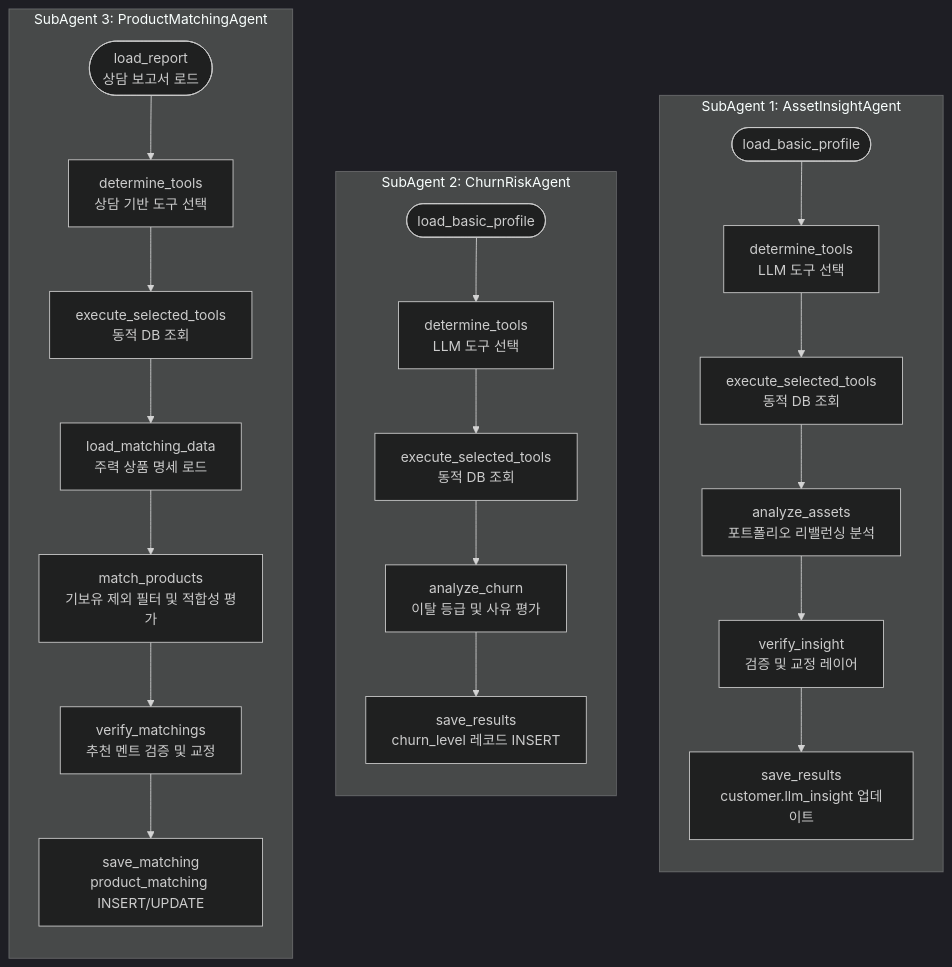
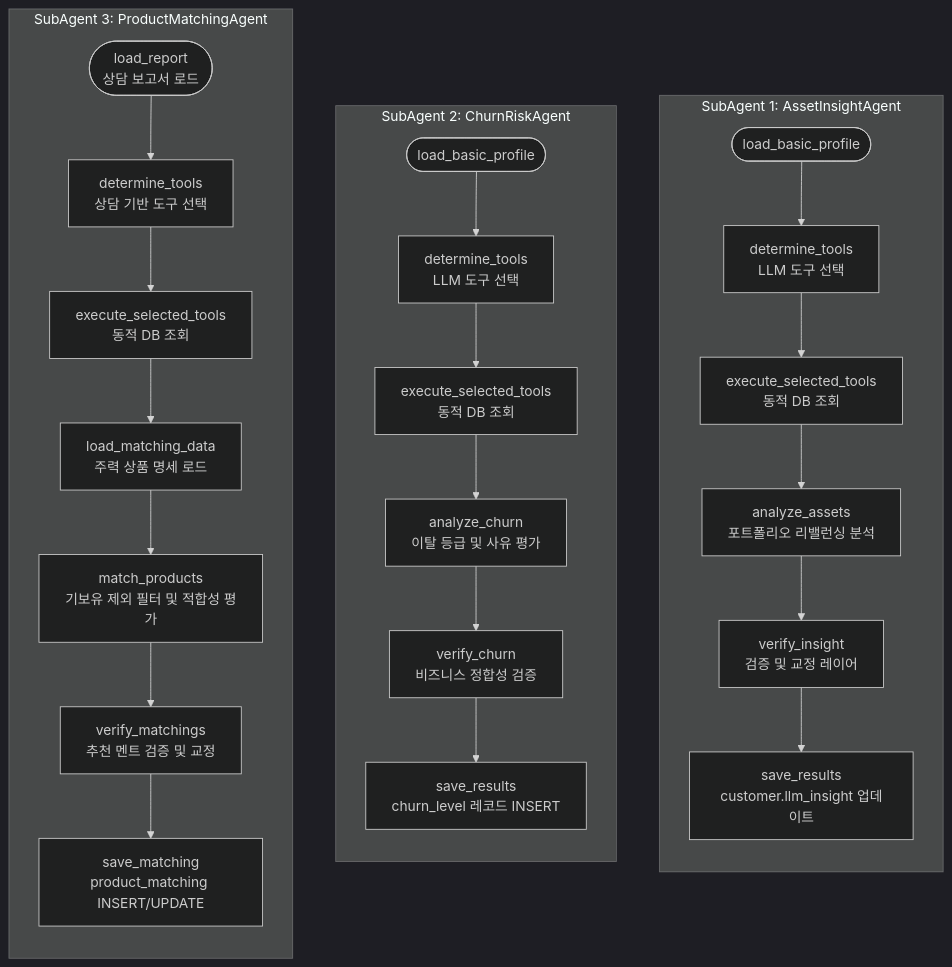
The second of 2 diagrams in agent/customer-main-agent/explain.md (PoomSaengPoomSa/POOM-AI), drawn with Mermaid (dark theme) before and after one commit. The commit also changed other lines of this file and 12 other files, not shown here.

````diff
--- a/agent/customer-main-agent/explain.md
+++ b/agent/customer-main-agent/explain.md
@@ -46,29 +89,30 @@
 ```mermaid
 flowchart TD
     subgraph Sub1Flow [SubAgent 1: AssetInsightAgent]
         direction TB
         S1_Start([load_basic_profile]) --> S1_Det[determine_tools<br>LLM 도구 선택]
         S1_Det --> S1_Exe[execute_selected_tools<br>동적 DB 조회]
         S1_Exe --> S1_Ana[analyze_assets<br>포트폴리오 리밸런싱 분석]
         S1_Ana --> S1_Ver[verify_insight<br>검증 및 교정 레이어]
         S1_Ver --> S1_Sav[save_results<br>customer.llm_insight 업데이트]
     end
 
     subgraph Sub2Flow [SubAgent 2: ChurnRiskAgent]
         direction TB
         S2_Start([load_basic_profile]) --> S2_Det[determine_tools<br>LLM 도구 선택]
         S2_Det --> S2_Exe[execute_selected_tools<br>동적 DB 조회]
         S2_Exe --> S2_Ana[analyze_churn<br>이탈 등급 및 사유 평가]
-        S2_Ana --> S2_Sav[save_results<br>churn_level 레코드 INSERT]
+        S2_Ana --> S2_Ver[verify_churn<br>비즈니스 정합성 검증]
+        S2_Ver --> S2_Sav[save_results<br>churn_level 레코드 INSERT]
     end
 
     subgraph Sub3Flow [SubAgent 3: ProductMatchingAgent]
         direction TB
         S3_Start([load_report<br>상담 보고서 로드]) --> S3_Det[determine_tools<br>상담 기반 도구 선택]
         S3_Det --> S3_Exe[execute_selected_tools<br>동적 DB 조회]
         S3_Exe --> S3_Load[load_matching_data<br>주력 상품 명세 로드]
         S3_Load --> S3_Match[match_products<br>기보유 제외 필터 및 적합성 평가]
         S3_Match --> S3_Ver[verify_matchings<br>추천 멘트 검증 및 교정]
         S3_Ver --> S3_Sav[save_matching<br>product_matching INSERT/UPDATE]
     end
 ```
````
